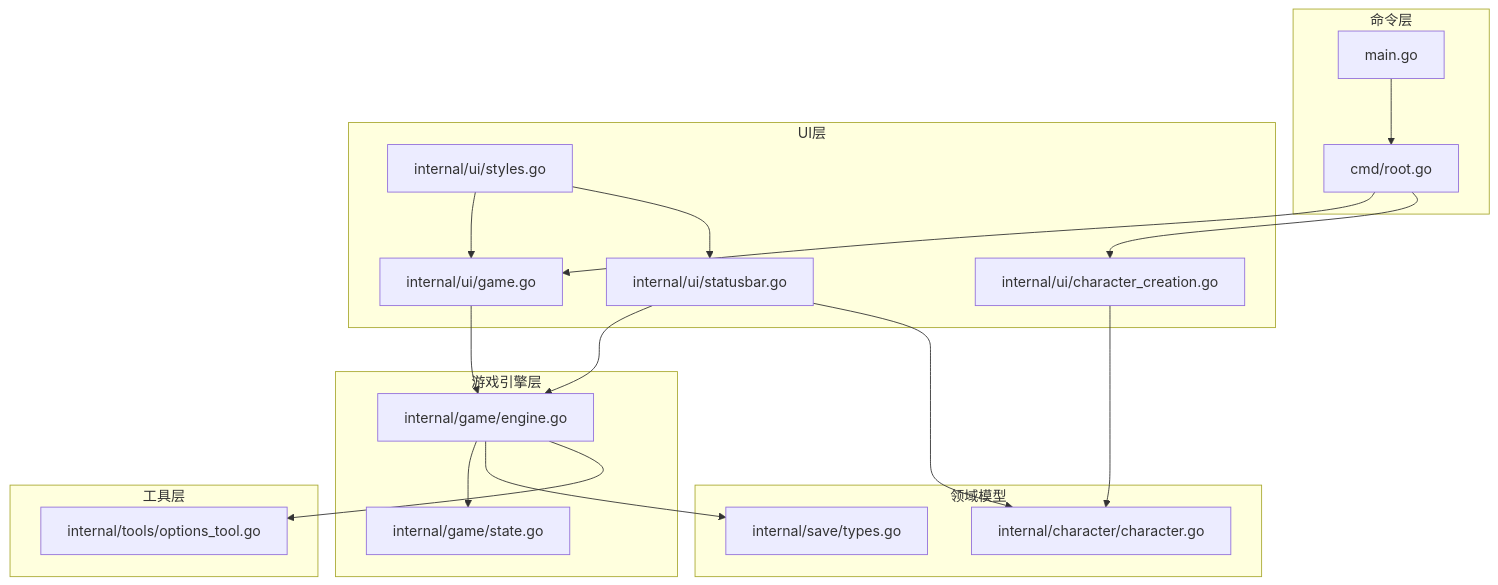
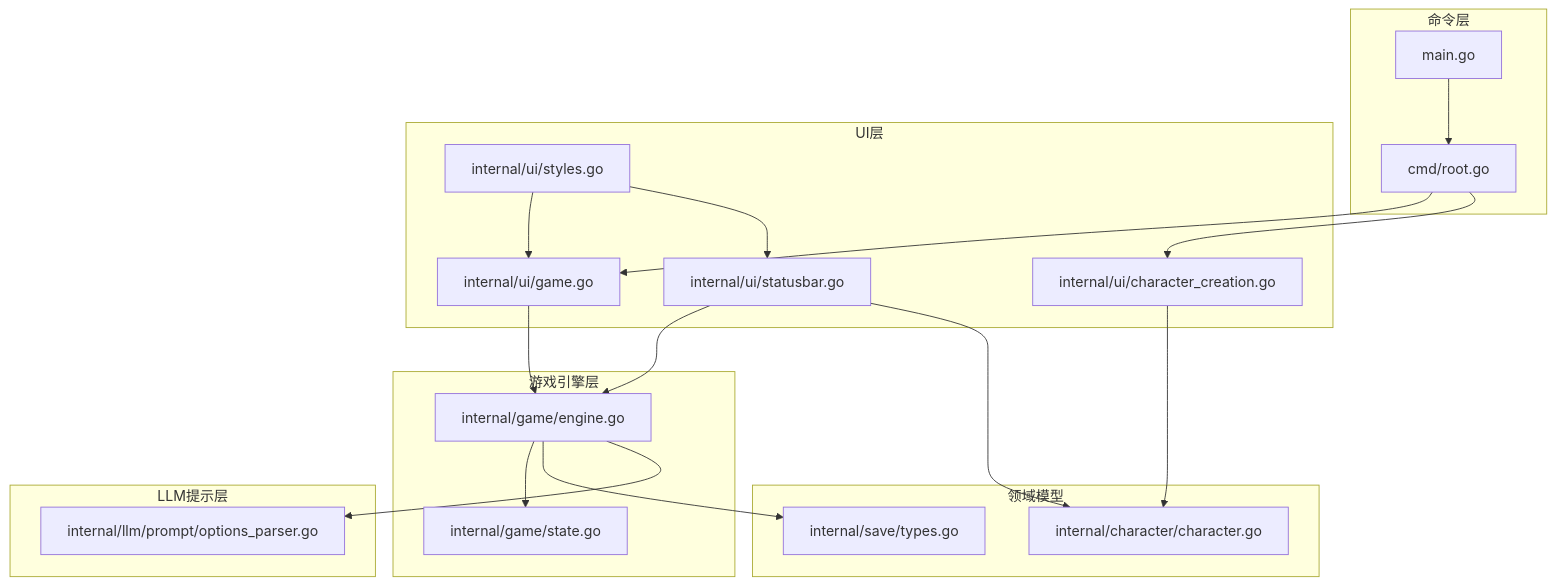
Before and after one commit to zwh8800/cdnd: the first of 6 diagrams in .qoder/repowiki/zh/content/用户界面/用户界面.md, drawn with Mermaid. The commit also changed other lines of this file and 6 other files, not shown here.

````diff
--- a/.qoder/repowiki/zh/content/用户界面/用户界面.md
+++ b/.qoder/repowiki/zh/content/用户界面/用户界面.md
@@ -44,36 +44,36 @@
 ```mermaid
 graph TB
 subgraph "命令层"
 MAIN["main.go"]
 ROOT["cmd/root.go"]
 end
 subgraph "UI层"
 GAME["internal/ui/game.go"]
 CHAR["internal/ui/character_creation.go"]
 STATUS["internal/ui/statusbar.go"]
 STYLES["internal/ui/styles.go"]
 end
 subgraph "游戏引擎层"
 ENGINE["internal/game/engine.go"]
 STATE["internal/game/state.go"]
 end
 subgraph "领域模型"
 CHAR_MODEL["internal/character/character.go"]
 SAVE_TYPES["internal/save/types.go"]
 end
-subgraph "工具层"
-OPTION_TOOL["internal/tools/options_tool.go"]
+subgraph "LLM提示层"
+OPTIONS_PARSER["internal/llm/prompt/options_parser.go"]
 end
 MAIN --> ROOT
 ROOT --> GAME
 ROOT --> CHAR
 GAME --> ENGINE
 CHAR --> CHAR_MODEL
 STATUS --> ENGINE
 STATUS --> CHAR_MODEL
 ENGINE --> STATE
 ENGINE --> SAVE_TYPES
-ENGINE --> OPTION_TOOL
+ENGINE --> OPTIONS_PARSER
 STYLES --> GAME
 STYLES --> STATUS
 ```
````
